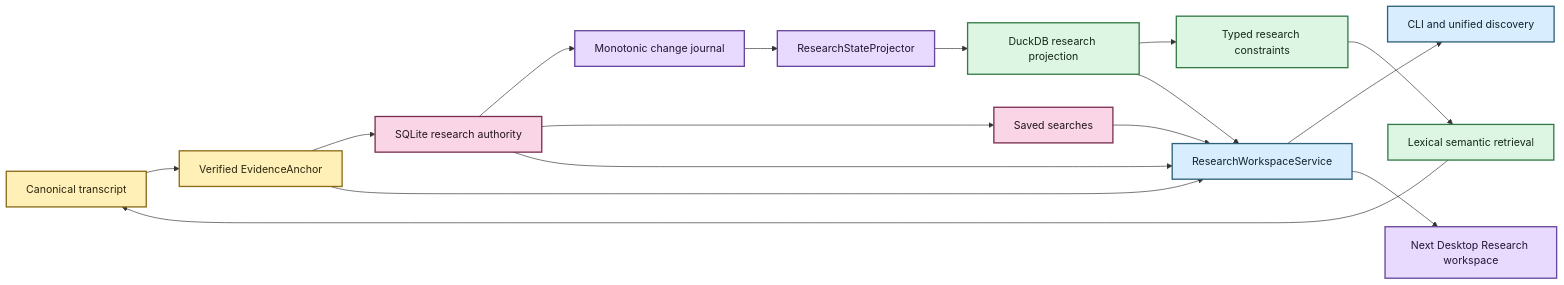
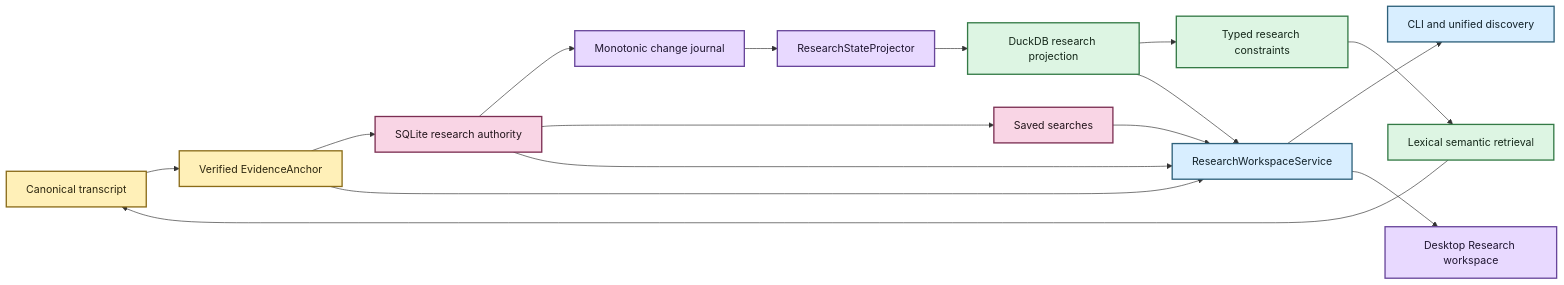
One commit to SSD1805/EchoFlow changed the diagram in docs/architecture/research-state.md. Above: the diagram before and after it, drawn with Mermaid. The commit also changed other lines of this file and 5 other files, not shown here.

Commit message:
docs: audit desktop productization roadmap

````diff
--- a/docs/architecture/research-state.md
+++ b/docs/architecture/research-state.md
@@ -22,30 +23,30 @@
 ```mermaid
 flowchart LR
     A[Canonical transcript] --> B[Verified EvidenceAnchor]
     B --> C[SQLite research authority]
     C --> D[Monotonic change journal]
     D --> E[ResearchStateProjector]
     E --> F[DuckDB research projection]
     F --> G[Typed research constraints]
     G --> H[Lexical semantic retrieval]
     H --> A
     C --> I[Saved searches]
     C --> J[ResearchWorkspaceService]
     B --> J
     F --> J
     I --> J
     J --> K[CLI and unified discovery]
-    J --> L[Next Desktop Research workspace]
+    J --> L[Desktop Research workspace]
 
     classDef source fill:#F9D5E5,stroke:#7B2E52,stroke-width:2px,color:#22151B
     classDef process fill:#E8D9FF,stroke:#68469B,stroke-width:2px,color:#1F1630
     classDef evidence fill:#FFF0B8,stroke:#8A6B18,stroke-width:2px,color:#2C260F
     classDef view fill:#DDF5E3,stroke:#347A46,stroke-width:2px,color:#142719
     classDef inspect fill:#D8EEFF,stroke:#2E617B,stroke-width:2px,color:#12222A
 
     class A,B evidence
     class C,I source
     class D,E,L process
     class F,G,H view
     class J,K inspect
 ```
````
